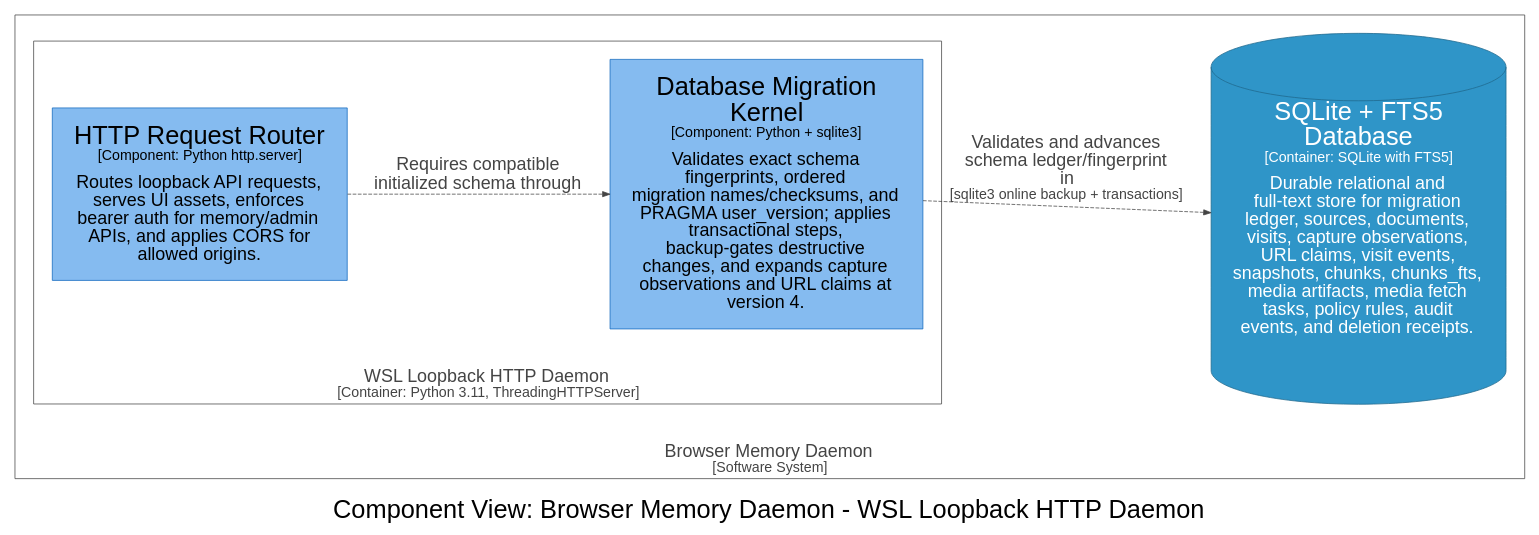
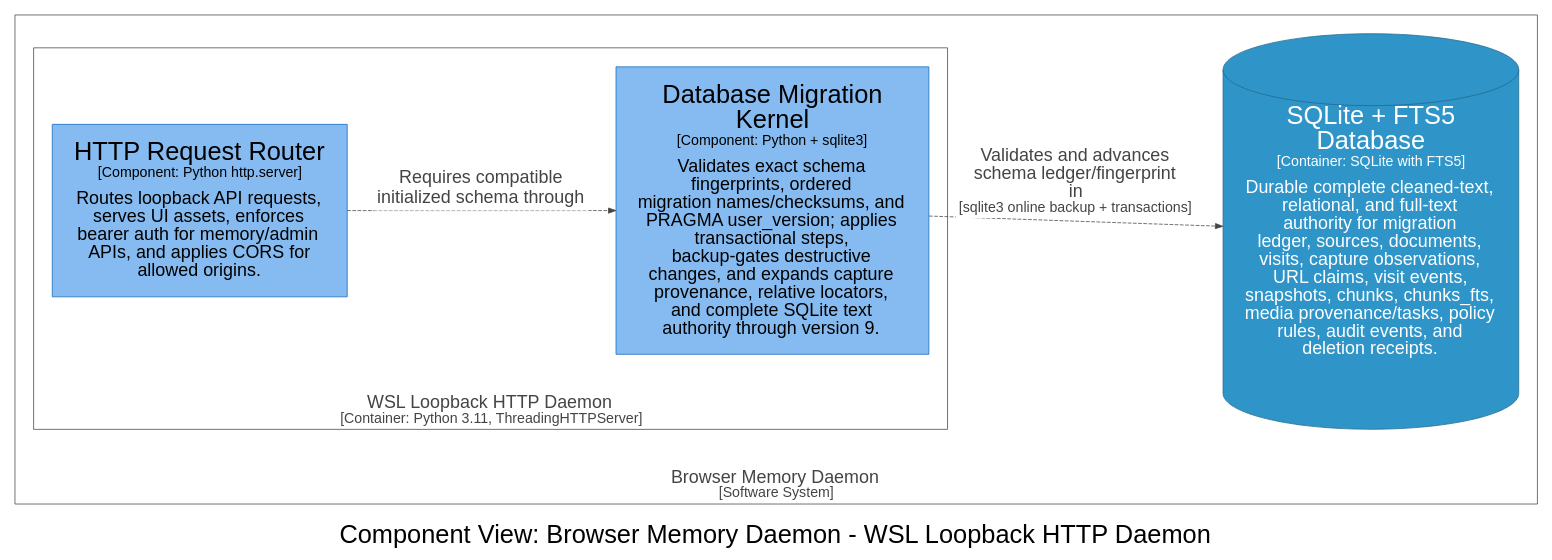
Before and after one commit to michaelnicks0/browser-memory-daemon: the diagram in docs/architecture/diagrams/dot/structurizr-DaemonMigrationComponents.dot, drawn with Graphviz. The commit also changed 196 other files, not shown here.

Commit message:
feat(storage): make SQLite authoritative for snapshot text

```diff
--- a/docs/architecture/diagrams/dot/structurizr-DaemonMigrationComponents.dot
+++ b/docs/architecture/diagrams/dot/structurizr-DaemonMigrationComponents.dot
@@ -1,34 +1,34 @@
 digraph {
   compound=true
   graph [fontname="Arial", rankdir=LR, ranksep=1.0, nodesep=1.0]
   node [fontname="Arial", shape=box, margin="0.4,0.3"]
   edge [fontname="Arial"]
   label=<<br /><font point-size="34">Component View: Browser Memory Daemon - WSL Loopback HTTP Daemon</font>>
 
   subgraph cluster_4 {
     margin=25
     label=<<font point-size="24"><br />Browser Memory Daemon</font><br /><font point-size="19">[Software System]</font>>
     labelloc=b
     color="#444444"
     fontcolor="#444444"
     fillcolor="#444444"
 
     subgraph cluster_14 {
       margin=25
       label=<<font point-size="24"><br />WSL Loopback HTTP Daemon</font><br /><font point-size="19">[Container: Python 3.11, ThreadingHTTPServer]</font>>
       labelloc=b
       color="#444444"
       fontcolor="#444444"
       fillcolor="#444444"
 
       15 [id=15,shape=rect, label=<<font point-size="34">HTTP Request Router</font><br /><font point-size="19">[Component: Python http.server]</font><br /><br /><font point-size="24">Routes loopback API requests,<br />serves UI assets, enforces<br />bearer auth for memory/admin<br />APIs, and applies CORS for<br />allowed origins.</font>>, style=filled, color="#1168bd", fillcolor="#85bbf0", fontcolor="#000000"]
-      16 [id=16,shape=rect, label=<<font point-size="34">Database Migration<br />Kernel</font><br /><font point-size="19">[Component: Python + sqlite3]</font><br /><br /><font point-size="24">Validates exact schema<br />fingerprints, ordered<br />migration names/checksums, and<br />PRAGMA user_version; applies<br />transactional steps,<br />backup-gates destructive<br />changes, and expands capture<br />observations and URL claims at<br />version 4.</font>>, style=filled, color="#1168bd", fillcolor="#85bbf0", fontcolor="#000000"]
+      16 [id=16,shape=rect, label=<<font point-size="34">Database Migration<br />Kernel</font><br /><font point-size="19">[Component: Python + sqlite3]</font><br /><br /><font point-size="24">Validates exact schema<br />fingerprints, ordered<br />migration names/checksums, and<br />PRAGMA user_version; applies<br />transactional steps,<br />backup-gates destructive<br />changes, and expands capture<br />provenance, relative locators,<br />and complete SQLite text<br />authority through version 9.</font>>, style=filled, color="#1168bd", fillcolor="#85bbf0", fontcolor="#000000"]
     }
 
-    28 [id=28,shape=cylinder, label=<<font point-size="34">SQLite + FTS5<br />Database</font><br /><font point-size="19">[Container: SQLite with FTS5]</font><br /><br /><font point-size="24">Durable relational and<br />full-text store for migration<br />ledger, sources, documents,<br />visits, capture observations,<br />URL claims, visit events,<br />snapshots, chunks, chunks_fts,<br />media artifacts, media fetch<br />tasks, policy rules, audit<br />events, and deletion receipts.</font>>, style=filled, color="#20688c", fillcolor="#2f95c8", fontcolor="#ffffff"]
+    29 [id=29,shape=cylinder, label=<<font point-size="34">SQLite + FTS5<br />Database</font><br /><font point-size="19">[Container: SQLite with FTS5]</font><br /><br /><font point-size="24">Durable complete cleaned-text,<br />relational, and full-text<br />authority for migration<br />ledger, sources, documents,<br />visits, capture observations,<br />URL claims, visit events,<br />snapshots, chunks, chunks_fts,<br />media provenance/tasks, policy<br />rules, audit events, and<br />deletion receipts.</font>>, style=filled, color="#20688c", fillcolor="#2f95c8", fontcolor="#ffffff"]
   }
 
-  15 -> 16 [id=63, label=<<font point-size="24">Requires compatible<br />initialized schema through</font>>, style="dashed", color="#444444", fontcolor="#444444"]
-  16 -> 28 [id=87, label=<<font point-size="24">Validates and advances<br />schema ledger/fingerprint<br />in</font><br /><font point-size="19">[sqlite3 online backup + transactions]</font>>, style="dashed", color="#444444", fontcolor="#444444"]
+  15 -> 16 [id=64, label=<<TABLE BORDER="0" CELLBORDER="0" CELLSPACING="0" CELLPADDING="4" BGCOLOR="white"><TR><TD><font point-size="24">Requires compatible<br />initialized schema through</font></TD></TR></TABLE>>, style="dashed", color="#444444", fontcolor="#444444"]
+  16 -> 29 [id=87, label=<<TABLE BORDER="0" CELLBORDER="0" CELLSPACING="0" CELLPADDING="4" BGCOLOR="white"><TR><TD><font point-size="24">Validates and advances<br />schema ledger/fingerprint<br />in</font><br /><font point-size="19">[sqlite3 online backup + transactions]</font></TD></TR></TABLE>>, style="dashed", color="#444444", fontcolor="#444444"]
 
 }
```
